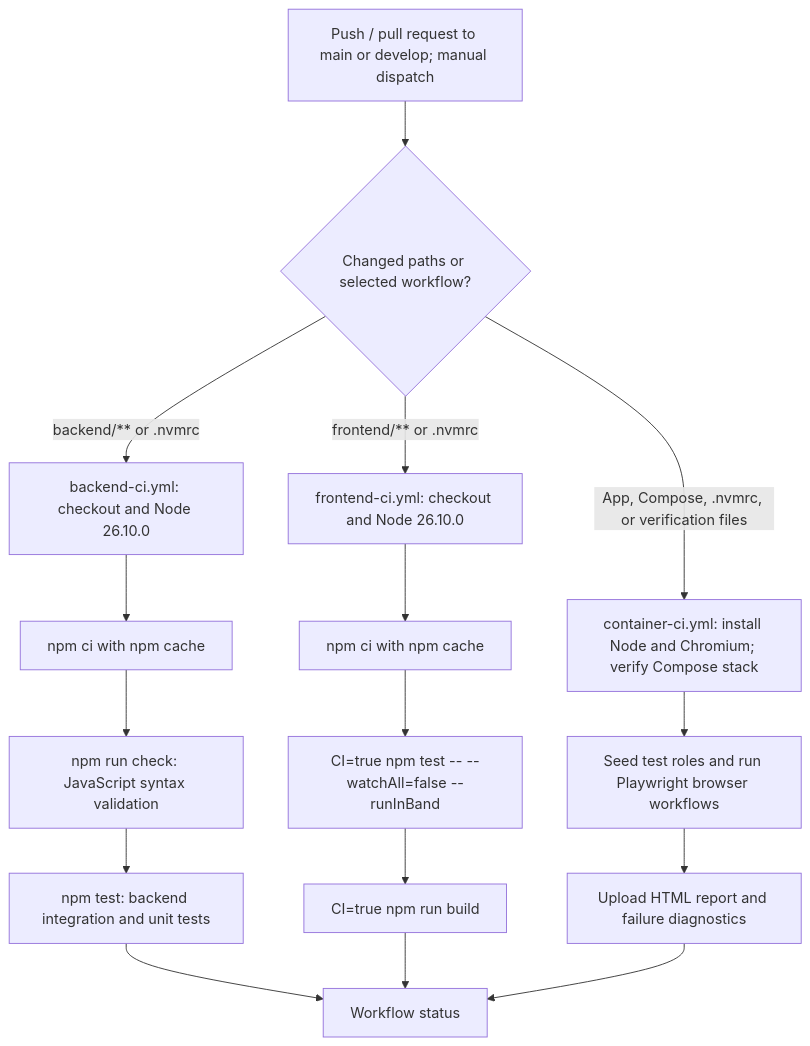
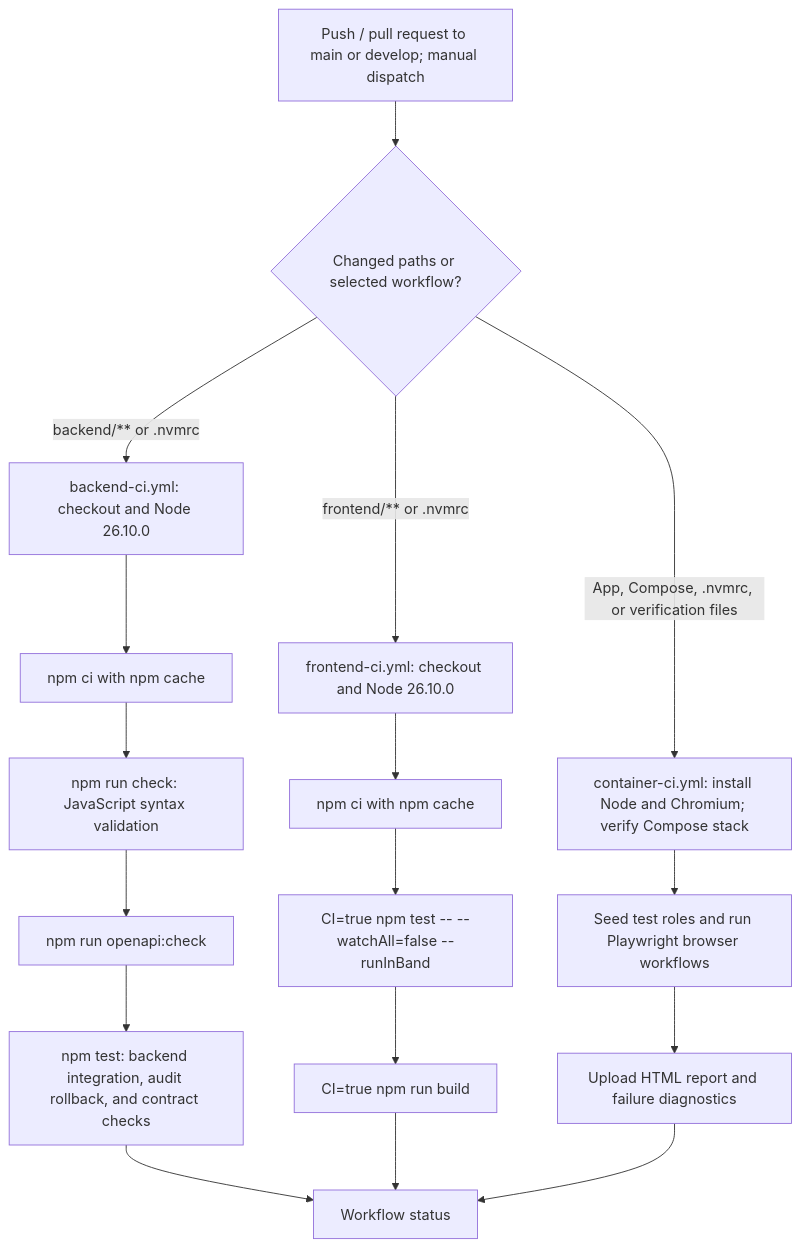
One commit to herve192-hub/WorkSphere changed diagram 37 of 52 in README.md. Above: the diagram before and after it, drawn with Mermaid. The commit also changed other lines of this file and 51 other files, not shown here.

Commit message:
added audit history, API documentation, transactions, and supporting tests/configuration

````diff
--- a/README.md
+++ b/README.md
@@ -1620,18 +1764,19 @@
 ```mermaid
 flowchart TD
     Trigger["Push / pull request to main or develop; manual dispatch"] --> Scope{"Changed paths or selected workflow?"}
     Scope -->|"backend/** or .nvmrc"| Backend["backend-ci.yml: checkout and Node 26.10.0"]
     Scope -->|"frontend/** or .nvmrc"| Frontend["frontend-ci.yml: checkout and Node 26.10.0"]
     Backend --> BackendInstall["npm ci with npm cache"]
     BackendInstall --> BackendSyntax["npm run check: JavaScript syntax validation"]
-    BackendSyntax --> BackendTests["npm test: backend integration and unit tests"]
+    BackendSyntax --> OpenAPI["npm run openapi:check"]
+    OpenAPI --> BackendTests["npm test: backend integration, audit rollback, and contract checks"]
     Frontend --> FrontendInstall["npm ci with npm cache"]
     FrontendInstall --> FrontendTests["CI=true npm test -- --watchAll=false --runInBand"]
     FrontendTests --> FrontendBuild["CI=true npm run build"]
     Scope -->|"App, Compose, .nvmrc, or verification files"| Containers["container-ci.yml: install Node and Chromium; verify Compose stack"]
     Containers --> Browser["Seed test roles and run Playwright browser workflows"]
     Browser --> Reports["Upload HTML report and failure diagnostics"]
     BackendTests --> Result["Workflow status"]
     FrontendBuild --> Result
     Reports --> Result
 ```
````
